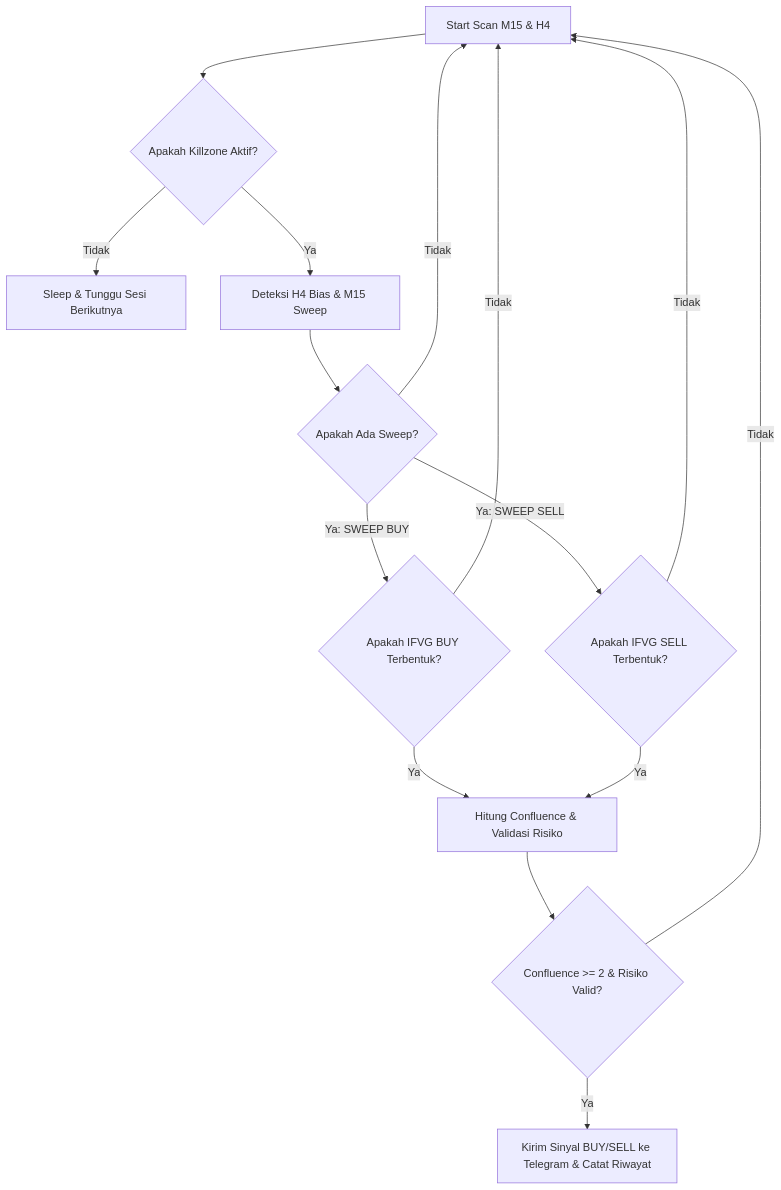
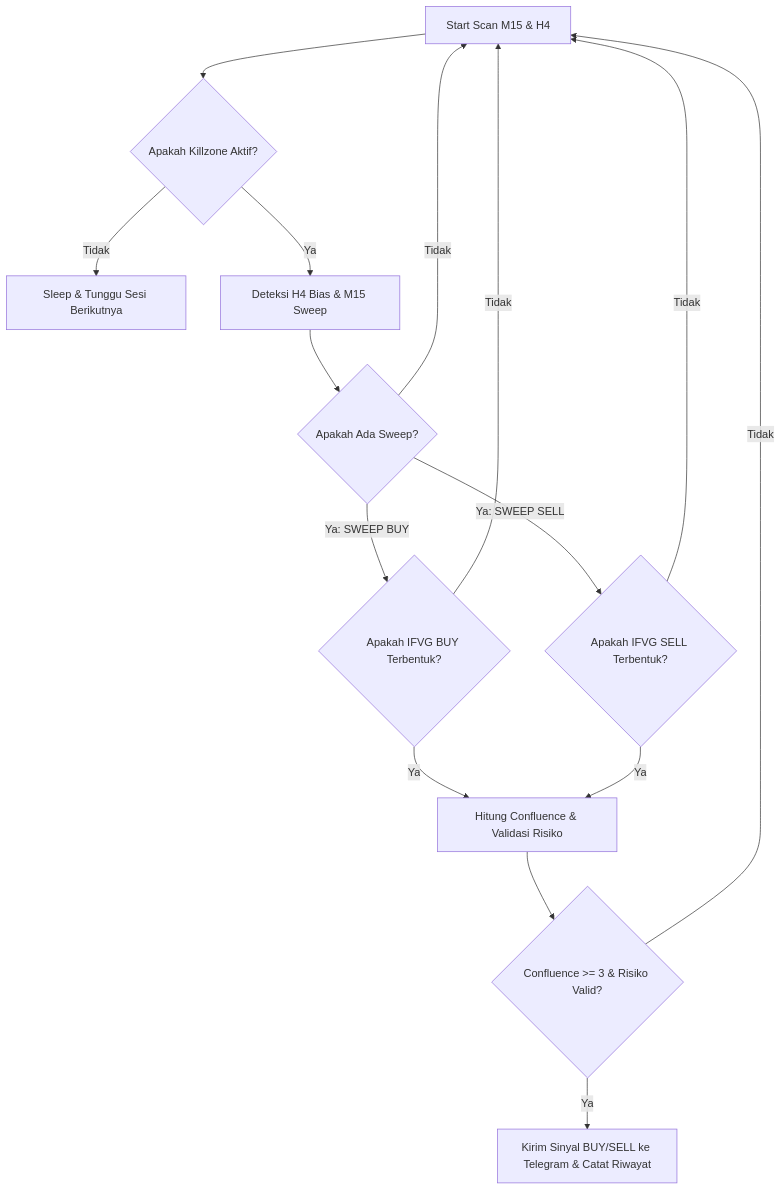
Before and after one commit to sakeeeeeeee/xauusd-ict-bot: the diagram in README.md, drawn with Mermaid. The commit also changed other lines of this file and 11 other files, not shown here.

````diff
--- a/README.md
+++ b/README.md
@@ -40,17 +40,17 @@
 ```mermaid
 graph TD
     A[Start Scan M15 & H4] --> B{Apakah Killzone Aktif?}
     B -- Tidak --> C[Sleep & Tunggu Sesi Berikutnya]
     B -- Ya --> D[Deteksi H4 Bias & M15 Sweep]
     D --> E{Apakah Ada Sweep?}
     E -- Tidak --> A
     E -- Ya: SWEEP BUY --> F{Apakah IFVG BUY Terbentuk?}
     E -- Ya: SWEEP SELL --> G{Apakah IFVG SELL Terbentuk?}
     F -- Ya --> H[Hitung Confluence & Validasi Risiko]
     F -- Tidak --> A
     G -- Ya --> H
     G -- Tidak --> A
-    H --> I{Confluence >= 2 & Risiko Valid?}
+    H --> I{Confluence >= 3 & Risiko Valid?}
     I -- Ya --> J[Kirim Sinyal BUY/SELL ke Telegram & Catat Riwayat]
     I -- Tidak --> A
 ```
````
